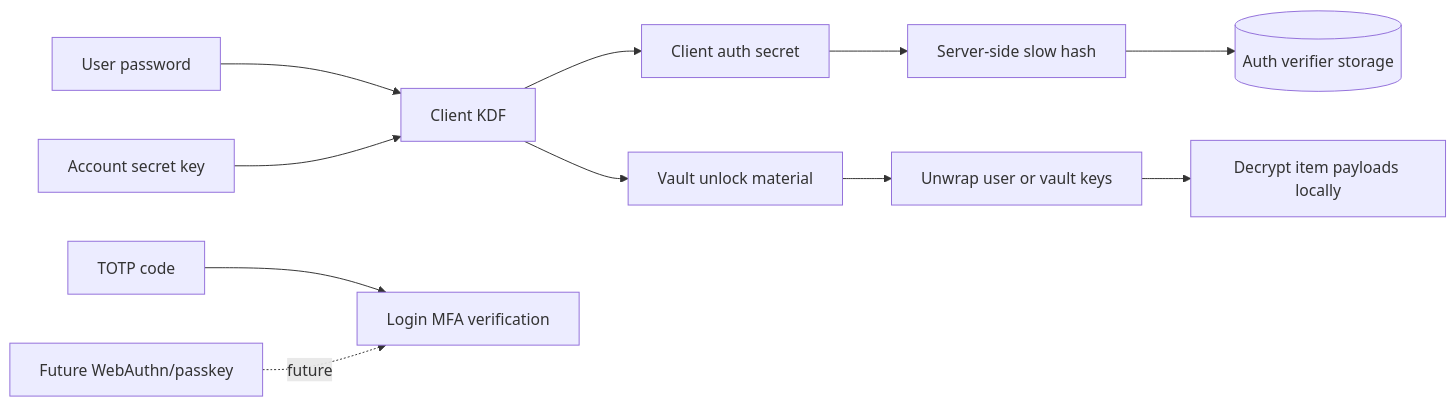
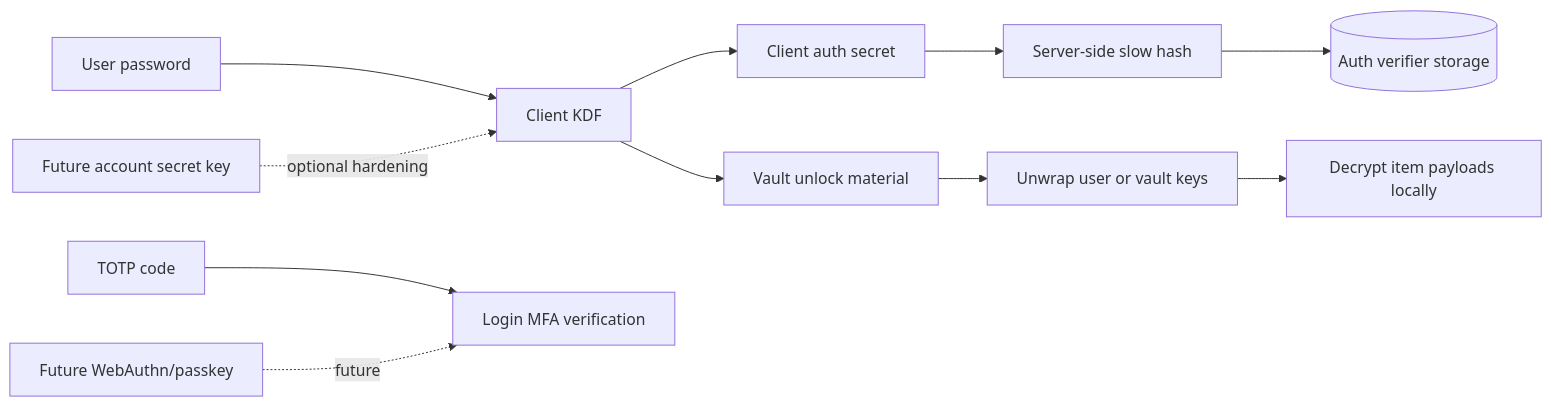
One commit to ded-isshin/password-vault changed the fifth of 7 diagrams in docs/diagrams.md. Above: the diagram before and after it, drawn with Mermaid. The commit also changed 7 other files, not shown here.

Commit message:
docs: align account secret key wording

````diff
--- a/docs/diagrams.md
+++ b/docs/diagrams.md
@@ -84,13 +84,13 @@
 ```mermaid
 flowchart LR
   P[User password] --> KDF[Client KDF]
-  SK[Account secret key] --> KDF
+  SK[Future account secret key] -. optional hardening .-> KDF
   KDF --> AUTH[Client auth secret]
   KDF --> UNLOCK[Vault unlock material]
   AUTH --> HASH[Server-side slow hash]
   HASH --> S[(Auth verifier storage)]
   UNLOCK --> WRAP[Unwrap user or vault keys]
   WRAP --> ITEMS[Decrypt item payloads locally]
   TOTP[TOTP code] --> MFA[Login MFA verification]
   PASSKEY[Future WebAuthn/passkey] -. future .-> MFA
 ```
````
